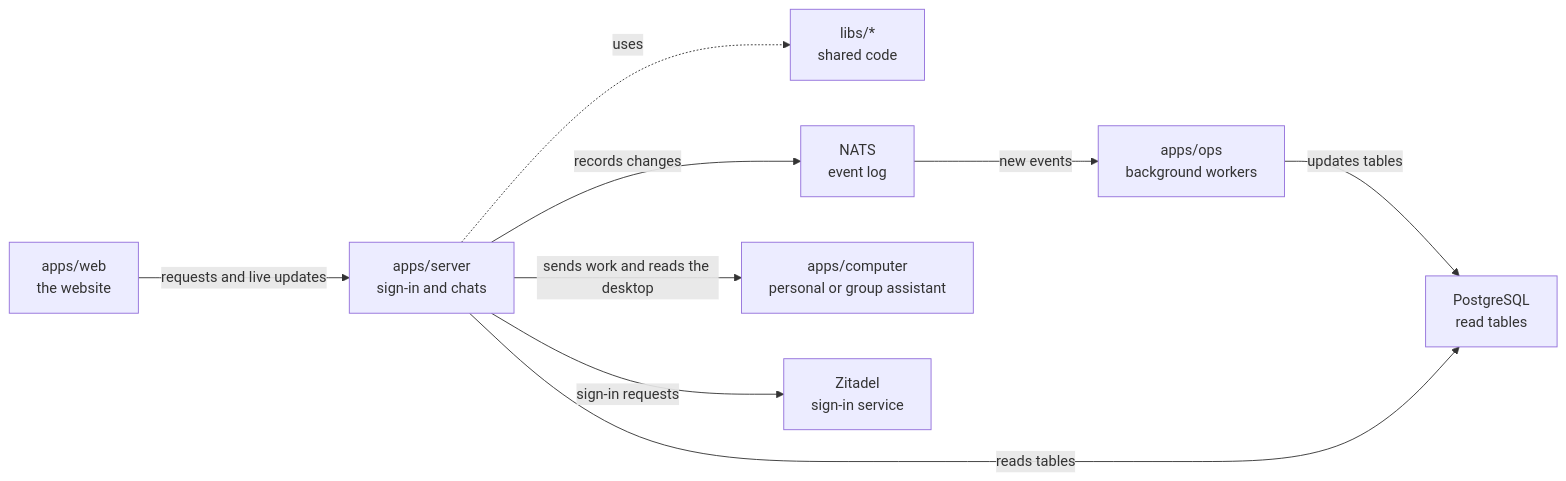
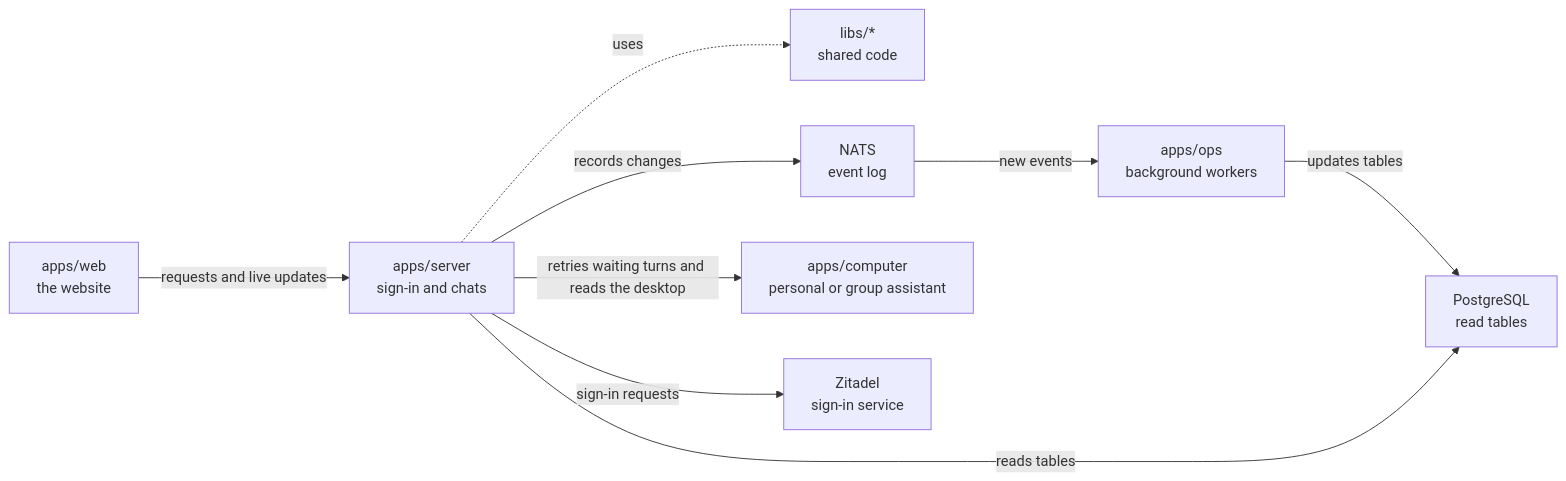
One commit to elewa-git/opencrane-new changed the diagram in apps/server/README.md. Above: the diagram before and after it, drawn with Mermaid. The commit also changed other lines of this file and 6 other files, not shown here.

First line of the commit message:
⚡ Waiting replies no longer make the server reread every finished chat, and a turn the computer drops is sent again until it starts (#213)

````diff
--- a/apps/server/README.md
+++ b/apps/server/README.md
@@ -11,11 +11,11 @@
 ```mermaid
 flowchart LR
   web["apps/web<br/>the website"] -->|requests and live updates| server["apps/server<br/>sign-in and chats"]
   server -.->|uses| libs["libs/*<br/>shared code"]
   server -->|records changes| nats["NATS<br/>event log"]
   nats -->|new events| ops["apps/ops<br/>background workers"]
   ops -->|updates tables| postgres["PostgreSQL<br/>read tables"]
   server -->|reads tables| postgres
-  server -->|sends work and reads the desktop| computer["apps/computer<br/>personal or group assistant"]
+  server -->|retries waiting turns and reads the desktop| computer["apps/computer<br/>personal or group assistant"]
   server -->|sign-in requests| zitadel["Zitadel<br/>sign-in service"]
 ```
````
